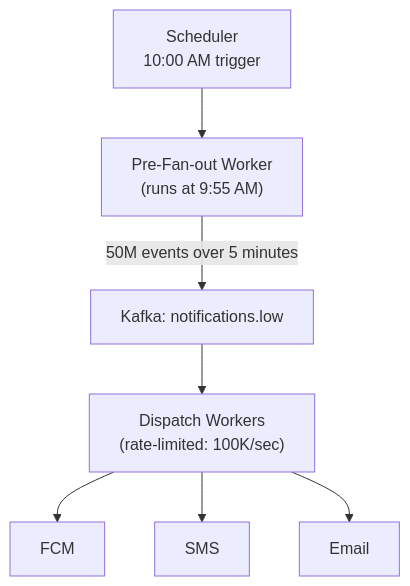
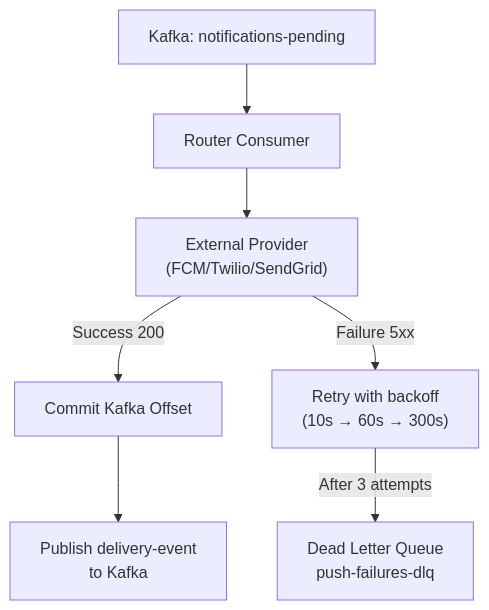
The fourth of 5 diagrams in docs/system-design/hld/real-world-systems/notification-service.md (deepjyoti-dj7/JustDoIT), drawn with Mermaid before and after one commit. The commit also changed other lines of this file and 8 other files, not shown here.

````diff
--- a/docs/system-design/hld/real-world-systems/notification-service.md
+++ b/docs/system-design/hld/real-world-systems/notification-service.md
@@ -679,7 +569,9 @@
 ```mermaid
-graph TD
-    Scheduler["Scheduler\n10:00 AM trigger"] --> PreFanout["Pre-Fan-out Worker\n(runs at 9:55 AM)"]
-    PreFanout -->|50M events over 5 minutes| Kafka["Kafka: notifications.low"]
-    Kafka --> Workers["Dispatch Workers\n(rate-limited: 100K/sec)"]
-    Workers --> FCM & SMS & Email
+flowchart TD
+    K["Kafka: notifications-pending"] --> Router["Router Consumer"]
+    Router --> Provider["External Provider\n(FCM/Twilio/SendGrid)"]
+    Provider -->|Success 200| Commit["Commit Kafka Offset"]
+    Provider -->|Failure 5xx| Retry["Retry with backoff\n(10s → 60s → 300s)"]
+    Retry -->|After 3 attempts| DLQ["Dead Letter Queue\npush-failures-dlq"]
+    Commit --> StatusEvent["Publish delivery-event\nto Kafka"]
 ```
````
